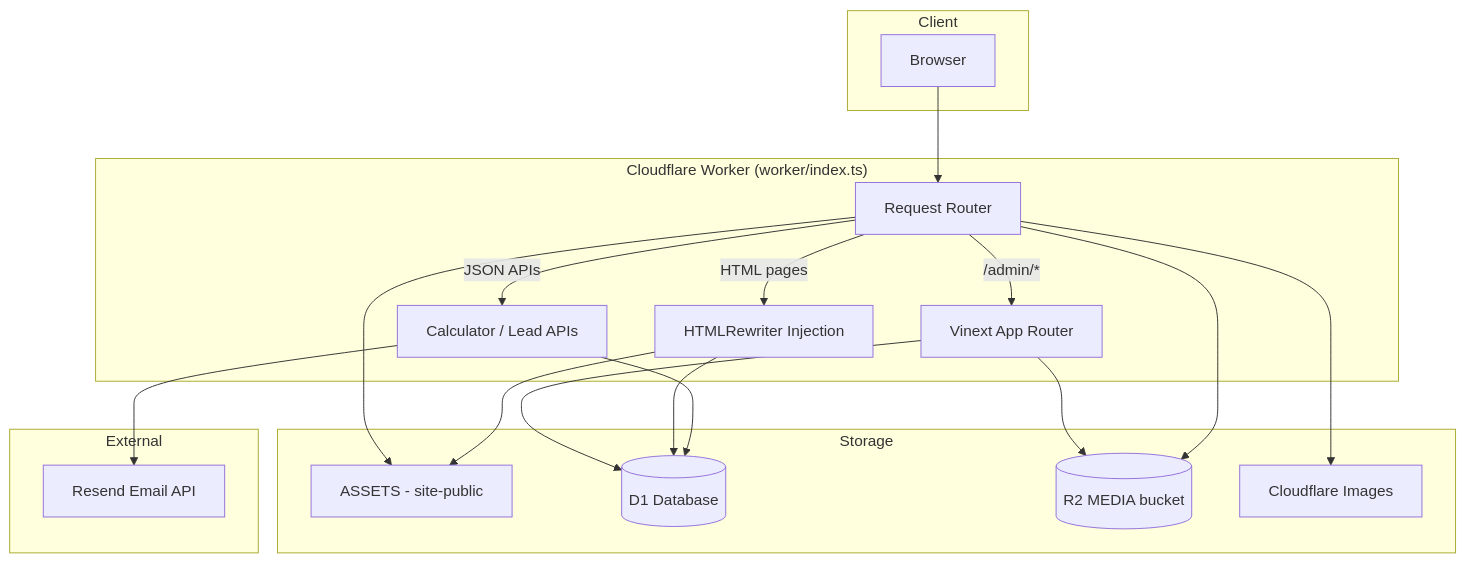
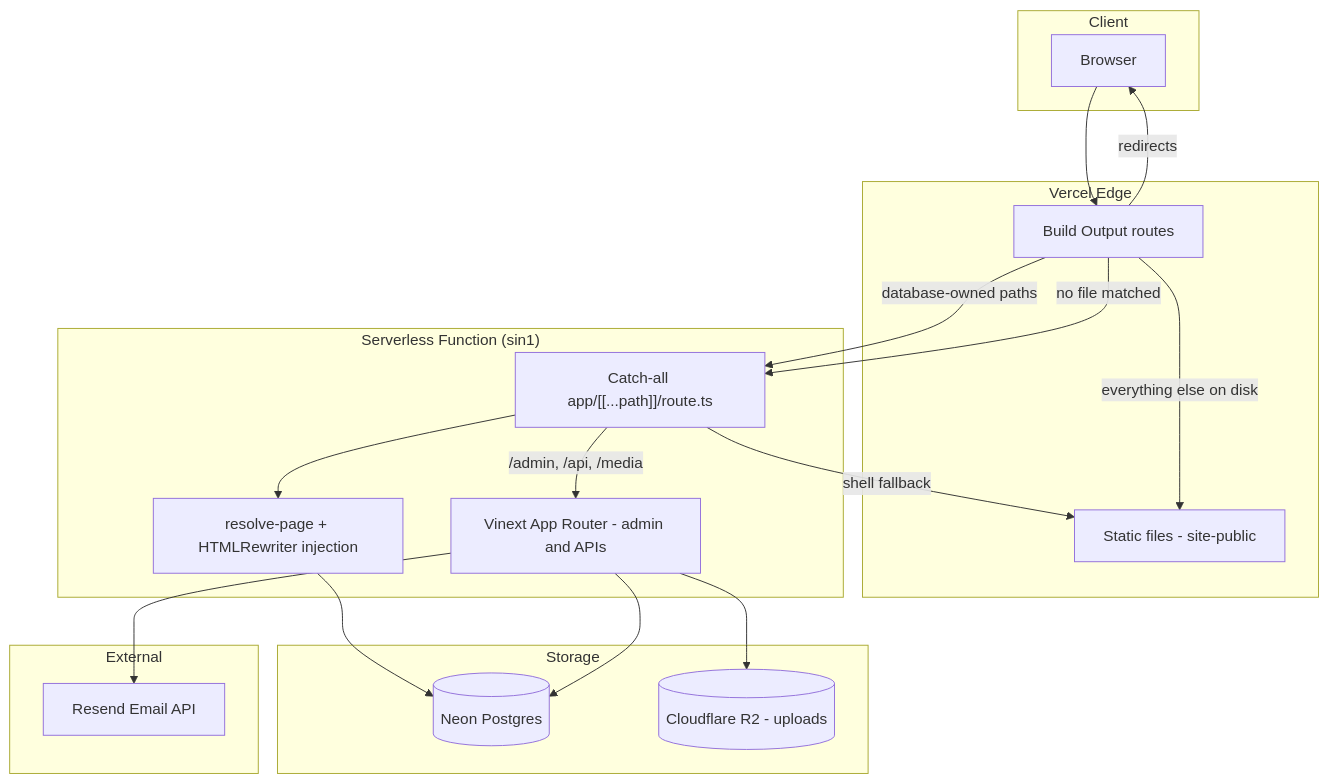
One commit to viraayaweddings/website changed the diagram in docs/01-architecture.md. Above: the diagram before and after it, drawn with Mermaid. The commit also changed other lines of this file and 41 other files, not shown here.

````diff
--- a/docs/01-architecture.md
+++ b/docs/01-architecture.md
@@ -5,38 +5,39 @@
 ```mermaid
 flowchart TB
   subgraph Client
     Browser[Browser]
   end
 
-  subgraph CloudflareWorker["Cloudflare Worker (worker/index.ts)"]
-    Router[Request Router]
-    Vinext[Vinext App Router]
-    Inject[HTMLRewriter Injection]
-    CalcAPI[Calculator / Lead APIs]
+  subgraph Edge["Vercel Edge"]
+    Routes[Build Output routes]
+    CDN[Static files - site-public]
+  end
+
+  subgraph Fn["Serverless Function (sin1)"]
+    CatchAll["Catch-all app/[[...path]]/route.ts"]
+    AppRouter[Vinext App Router - admin and APIs]
+    Render[resolve-page + HTMLRewriter injection]
   end
 
   subgraph Storage
-    ASSETS[ASSETS - site-public]
-    DB[(D1 Database)]
-    R2[(R2 MEDIA bucket)]
-    IMAGES[Cloudflare Images]
+    DB[(Neon Postgres)]
+    R2[(Cloudflare R2 - uploads)]
   end
 
   subgraph External
     Resend[Resend Email API]
   end
 
-  Browser --> Router
-  Router -->|"/admin/*"| Vinext
-  Router -->|"HTML pages"| Inject
-  Router -->|"JSON APIs"| CalcAPI
-  Router --> ASSETS
-  Vinext --> DB
-  Vinext --> R2
-  Inject --> DB
-  Inject --> ASSETS
-  CalcAPI --> DB
-  CalcAPI --> Resend
-  Router --> R2
-  Router --> IMAGES
+  Browser --> Routes
+  Routes -->|"redirects"| Browser
+  Routes -->|"database-owned paths"| CatchAll
+  Routes -->|"everything else on disk"| CDN
+  Routes -->|"no file matched"| CatchAll
+  CatchAll -->|"/admin, /api, /media"| AppRouter
+  CatchAll --> Render
+  CatchAll -->|"shell fallback"| CDN
+  Render --> DB
+  AppRouter --> DB
+  AppRouter --> R2
+  AppRouter --> Resend
 ```
````
